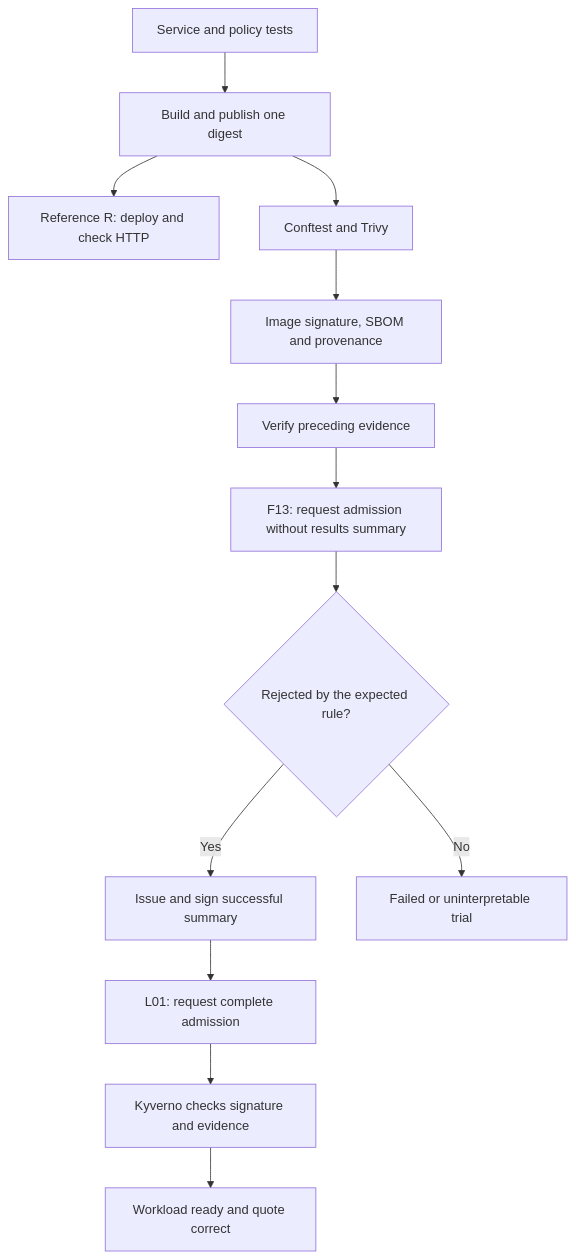
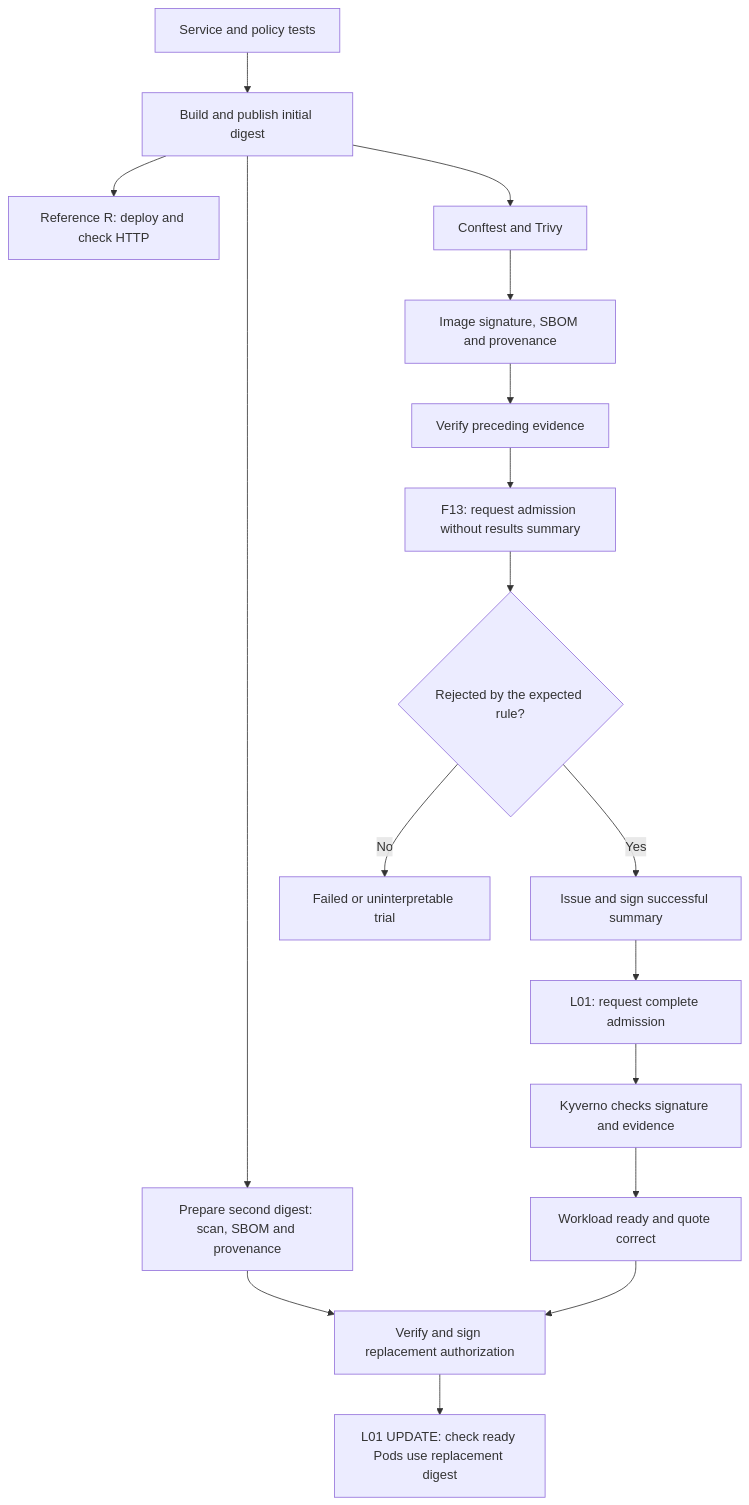
One commit to tfm-goldenpath/golden-path-lab changed the diagram in implementacion/docs/EN/cases/L01-F13/README.md. Above: the diagram before and after it, drawn with Mermaid. The commit also changed other lines of this file and 32 other files, not shown here.

````diff
--- a/implementacion/docs/EN/cases/L01-F13/README.md
+++ b/implementacion/docs/EN/cases/L01-F13/README.md
@@ -28,15 +28,19 @@
 ```mermaid
 flowchart TD
-  T[Service and policy tests] --> B[Build and publish one digest]
+  T[Service and policy tests] --> B[Build and publish initial digest]
   B --> R[Reference R: deploy and check HTTP]
   B --> P[Conftest and Trivy]
   P --> E[Image signature, SBOM and provenance]
   E --> V[Verify preceding evidence]
   V --> N[F13: request admission without results summary]
   N --> D{Rejected by the expected rule?}
   D -->|Yes| S[Issue and sign successful summary]
   D -->|No| X[Failed or uninterpretable trial]
   S --> A[L01: request complete admission]
   A --> K[Kyverno checks signature and evidence]
   K --> H[Workload ready and quote correct]
+  B --> U[Prepare second digest: scan, SBOM and provenance]
+  U --> Q[Verify and sign replacement authorization]
+  H --> Q
+  Q --> J[L01 UPDATE: check ready Pods use replacement digest]
 ```
````
